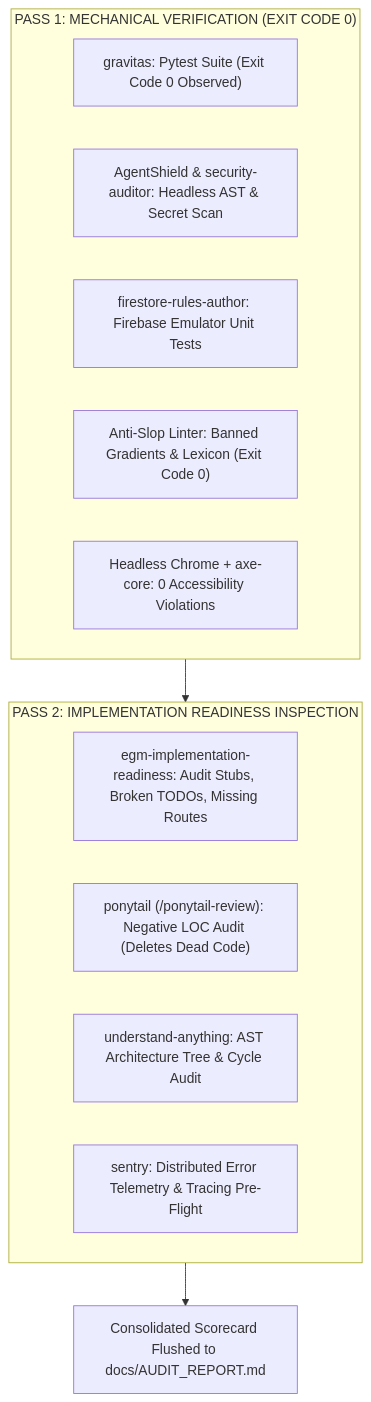
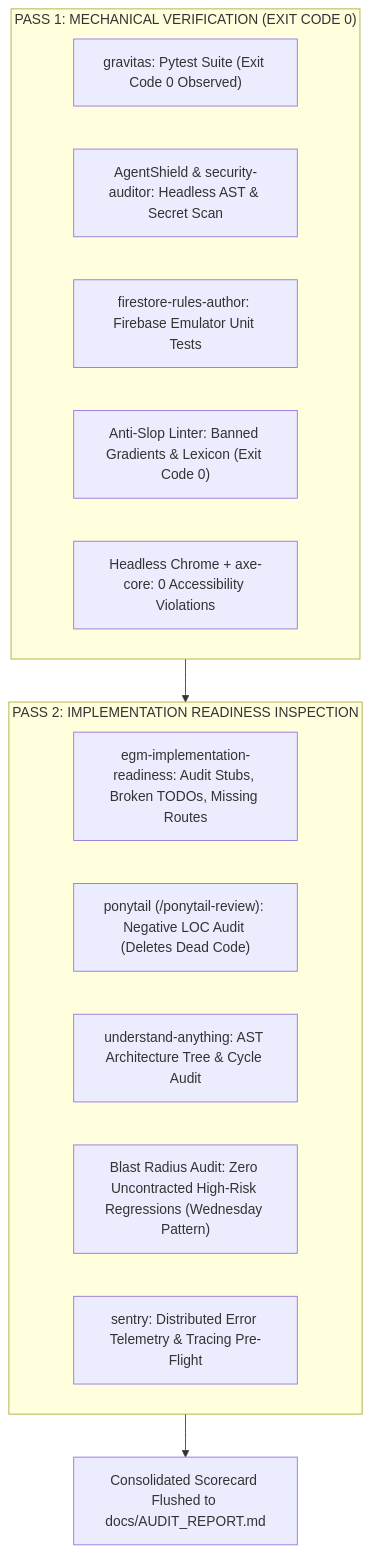
Before and after one commit to VihaanR/sprint-system: the diagram in skills/phase-audit/SKILL.md, drawn with Mermaid. The commit also changed 7 other files, not shown here.

Commit message:
refactor(yagni): consolidate blast radius, fastmcp, and taste patterns into core phase skills, deleting standalone skill wrappers

````diff
--- a/skills/phase-audit/SKILL.md
+++ b/skills/phase-audit/SKILL.md
@@ -17,19 +17,20 @@
 ```mermaid
 flowchart TD
     subgraph P1["PASS 1: MECHANICAL VERIFICATION (EXIT CODE 0)"]
         M1["gravitas: Pytest Suite (Exit Code 0 Observed)"]
         M2["AgentShield & security-auditor: Headless AST & Secret Scan"]
         M3["firestore-rules-author: Firebase Emulator Unit Tests"]
         M4["Anti-Slop Linter: Banned Gradients & Lexicon (Exit Code 0)"]
         M5["Headless Chrome + axe-core: 0 Accessibility Violations"]
     end
 
     subgraph P2["PASS 2: IMPLEMENTATION READINESS INSPECTION"]
         R1["egm-implementation-readiness: Audit Stubs, Broken TODOs, Missing Routes"]
         R2["ponytail (/ponytail-review): Negative LOC Audit (Deletes Dead Code)"]
         R3["understand-anything: AST Architecture Tree & Cycle Audit"]
-        R4["sentry: Distributed Error Telemetry & Tracing Pre-Flight"]
+        R4["Blast Radius Audit: Zero Uncontracted High-Risk Regressions (Wednesday Pattern)"]
+        R5["sentry: Distributed Error Telemetry & Tracing Pre-Flight"]
     end
 
     P1 --> P2 --> SCORE["Consolidated Scorecard Flushed to docs/AUDIT_REPORT.md"]
 ```
````
